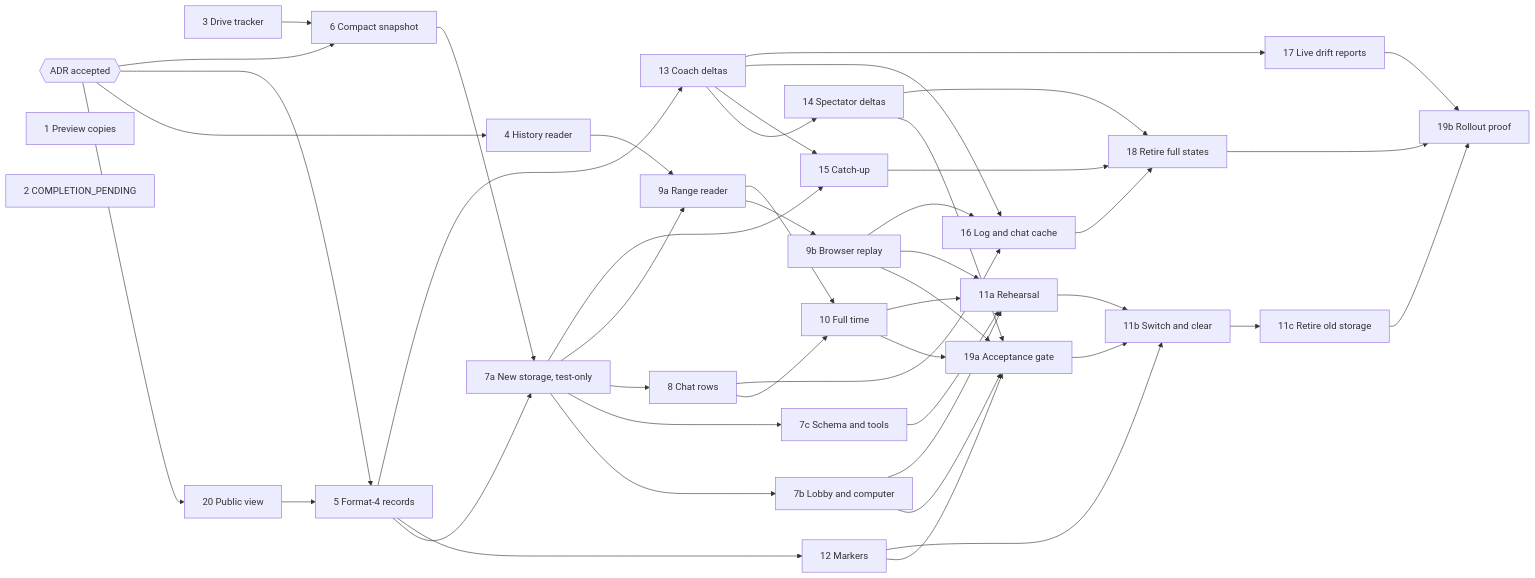
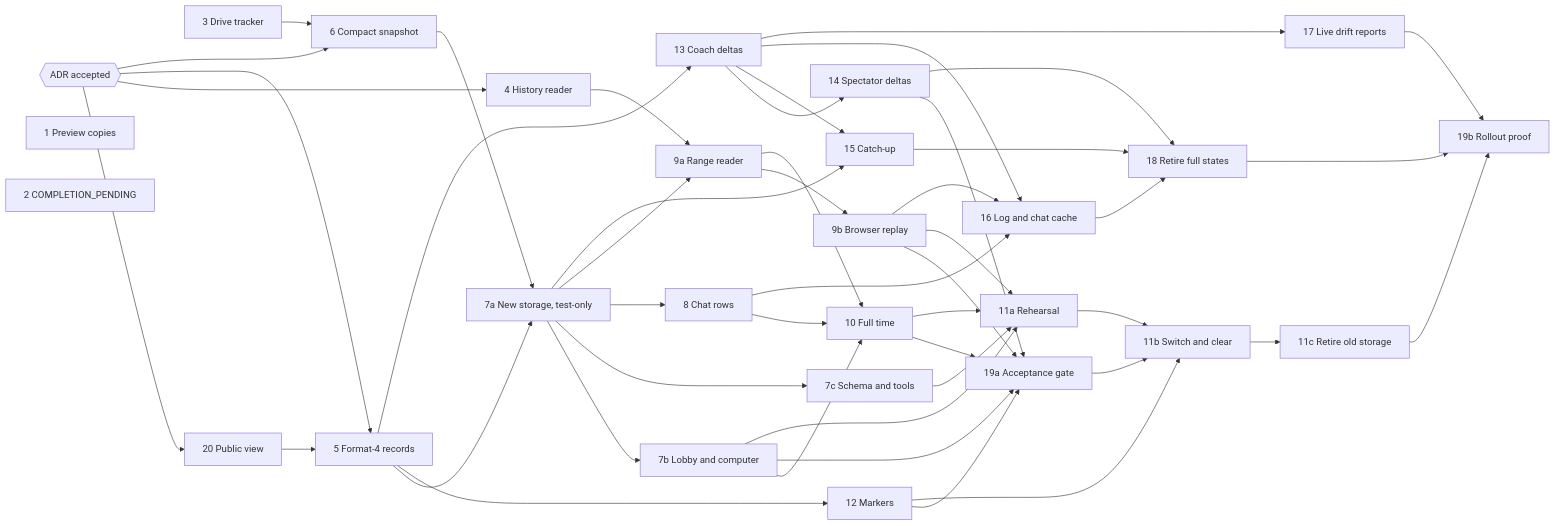
Before and after one commit to the-grognard-codes/moles-under-the-pitch: the diagram in docs/specs/match-state-sync-tickets.md, drawn with Mermaid. The commit also changed other lines of this file and 1 other file, not shown here.

````diff
--- a/docs/specs/match-state-sync-tickets.md
+++ b/docs/specs/match-state-sync-tickets.md
@@ -57,51 +57,52 @@
 ```mermaid
 flowchart LR
   ADR{{ADR accepted}}
   T1[1 Preview copies]
   T2[2 COMPLETION_PENDING]
   T3[3 Drive tracker]
   ADR --> T20[20 Public view]
   ADR --> T4[4 History reader]
   ADR --> T5[5 Format-4 records]
   T20 --> T5
   ADR --> T6[6 Compact snapshot]
   T3 --> T6
   T5 --> T7a[7a New storage, test-only]
   T6 --> T7a
   T7a --> T7b[7b Lobby and computer]
   T7a --> T7c[7c Schema and tools]
   T7a --> T8[8 Chat rows]
   T4 --> T9a[9a Range reader]
   T7a --> T9a
   T9a --> T9b[9b Browser replay]
   T8 --> T10[10 Full time]
   T9a --> T10
   T5 --> T12[12 Markers]
+  T7b --> T10
   T7b --> T19a[19a Acceptance gate]
   T14 --> T19a
   T9b --> T19a
   T10 --> T19a
   T12 --> T19a
   T7c --> T11a[11a Rehearsal]
   T9b --> T11a
   T10 --> T11a
   T7b --> T11a
   T11a --> T11b[11b Switch and clear]
   T12 --> T11b
   T19a --> T11b
   T11b --> T11c[11c Retire old storage]
   T5 --> T13[13 Coach deltas]
   T13 --> T14[14 Spectator deltas]
   T7a --> T15[15 Catch-up]
   T13 --> T15
   T8 --> T16[16 Log and chat cache]
   T9b --> T16
   T13 --> T16
   T13 --> T17[17 Live drift reports]
   T14 --> T18[18 Retire full states]
   T15 --> T18
   T16 --> T18
   T11c --> T19b[19b Rollout proof]
   T18 --> T19b
   T17 --> T19b
 ```
````
